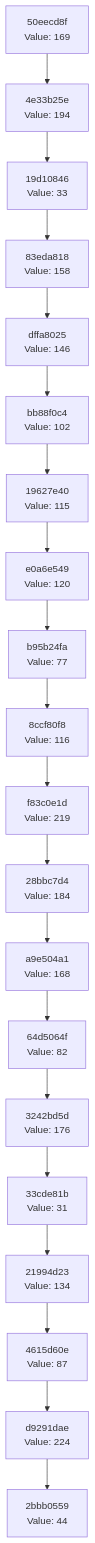
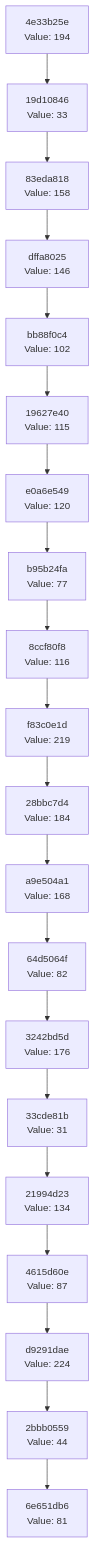
The diagram in docs/CHAIN_VISUALIZATION.md (Abhisheksinha1506/hash-chain-evolver), drawn with Mermaid before and after one commit. The commit also changed 2 other files, not shown here.

Commit message:
Evolution Step

````diff
--- a/docs/CHAIN_VISUALIZATION.md
+++ b/docs/CHAIN_VISUALIZATION.md
@@ -3,42 +3,42 @@
 ```mermaid
 graph TD
-    C0["2bbb0559<br/>Value: 44"]
-    C1["d9291dae<br/>Value: 224"]
+    C0["6e651db6<br/>Value: 81"]
+    C1["2bbb0559<br/>Value: 44"]
     C1 --> C0
-    C2["4615d60e<br/>Value: 87"]
+    C2["d9291dae<br/>Value: 224"]
     C2 --> C1
-    C3["21994d23<br/>Value: 134"]
+    C3["4615d60e<br/>Value: 87"]
     C3 --> C2
-    C4["33cde81b<br/>Value: 31"]
+    C4["21994d23<br/>Value: 134"]
     C4 --> C3
-    C5["3242bd5d<br/>Value: 176"]
+    C5["33cde81b<br/>Value: 31"]
     C5 --> C4
-    C6["64d5064f<br/>Value: 82"]
+    C6["3242bd5d<br/>Value: 176"]
     C6 --> C5
-    C7["a9e504a1<br/>Value: 168"]
+    C7["64d5064f<br/>Value: 82"]
     C7 --> C6
-    C8["28bbc7d4<br/>Value: 184"]
+    C8["a9e504a1<br/>Value: 168"]
     C8 --> C7
-    C9["f83c0e1d<br/>Value: 219"]
+    C9["28bbc7d4<br/>Value: 184"]
     C9 --> C8
-    C10["8ccf80f8<br/>Value: 116"]
+    C10["f83c0e1d<br/>Value: 219"]
     C10 --> C9
-    C11["b95b24fa<br/>Value: 77"]
+    C11["8ccf80f8<br/>Value: 116"]
     C11 --> C10
-    C12["e0a6e549<br/>Value: 120"]
+    C12["b95b24fa<br/>Value: 77"]
     C12 --> C11
-    C13["19627e40<br/>Value: 115"]
+    C13["e0a6e549<br/>Value: 120"]
     C13 --> C12
-    C14["bb88f0c4<br/>Value: 102"]
+    C14["19627e40<br/>Value: 115"]
     C14 --> C13
-    C15["dffa8025<br/>Value: 146"]
+    C15["bb88f0c4<br/>Value: 102"]
     C15 --> C14
-    C16["83eda818<br/>Value: 158"]
+    C16["dffa8025<br/>Value: 146"]
     C16 --> C15
-    C17["19d10846<br/>Value: 33"]
+    C17["83eda818<br/>Value: 158"]
     C17 --> C16
-    C18["4e33b25e<br/>Value: 194"]
+    C18["19d10846<br/>Value: 33"]
     C18 --> C17
-    C19["50eecd8f<br/>Value: 169"]
+    C19["4e33b25e<br/>Value: 194"]
     C19 --> C18
 ```
````
